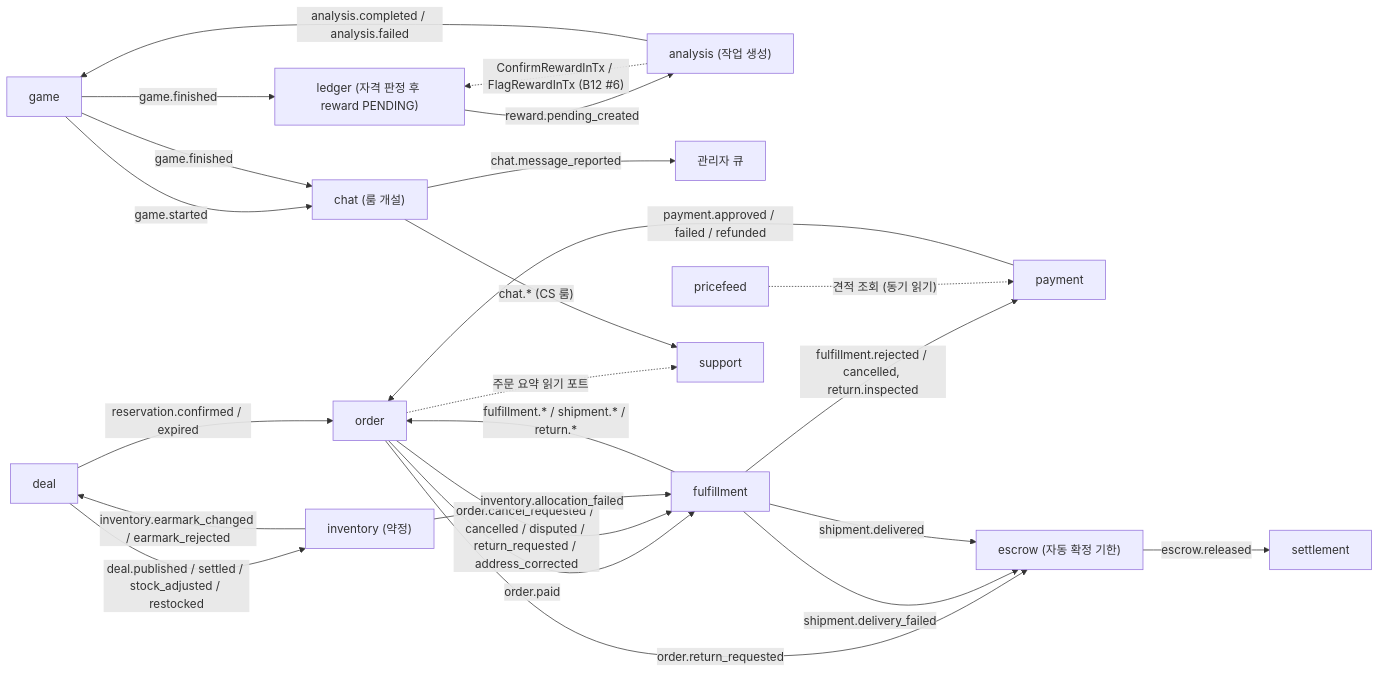
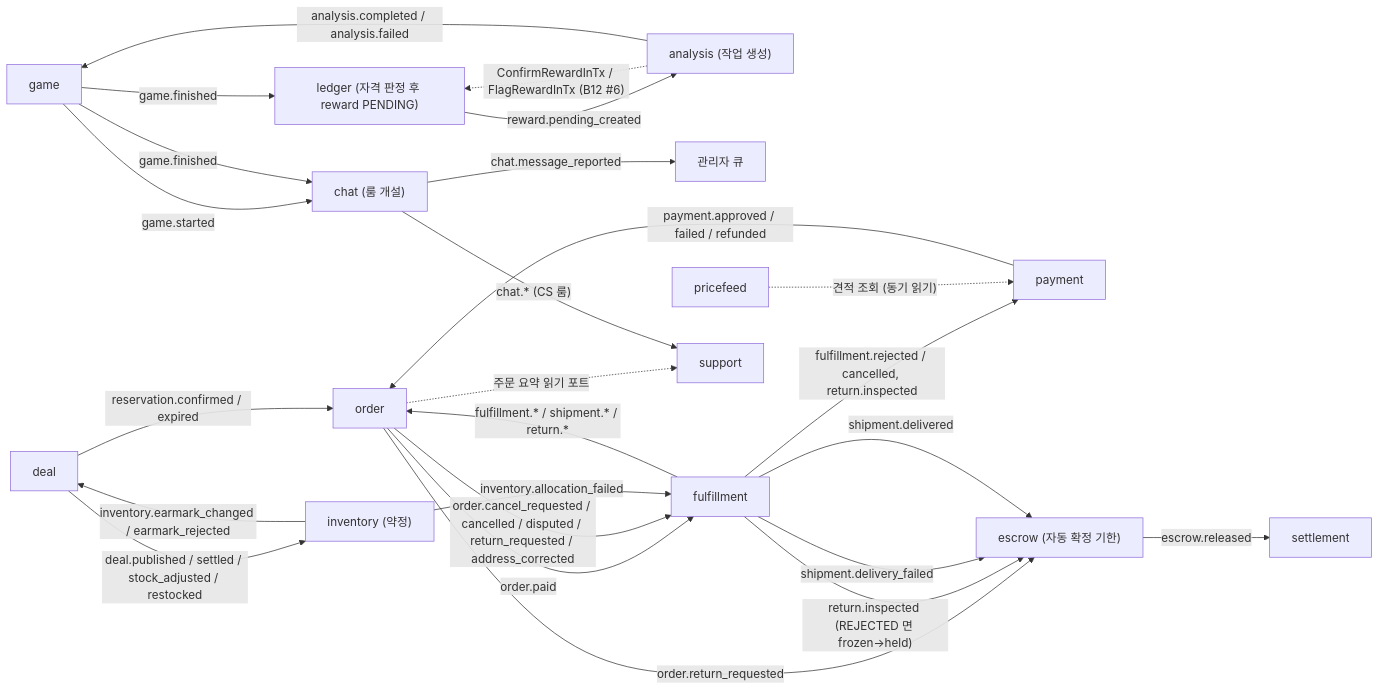
Before and after one commit to 1985jwlee/portpolio_backend: diagram 11 of 11 in docs/design/phases/00-platform-evolution.md, drawn with Mermaid. The commit also changed other lines of this file and 50 other files, not shown here.

````diff
--- a/docs/design/phases/00-platform-evolution.md
+++ b/docs/design/phases/00-platform-evolution.md
@@ -777,26 +789,27 @@
 ```mermaid
 flowchart LR
     GM["game"] -- "game.started" --> CH["chat (룸 개설)"]
     GM -- "game.finished" --> CH
     GM -- "game.finished" --> LG["ledger (자격 판정 후 reward PENDING)"]
     LG -- "reward.pending_created" --> AN["analysis (작업 생성)"]
     AN -. "ConfirmRewardInTx / FlagRewardInTx (B12 #6)" .-> LG
     AN -- "analysis.completed / analysis.failed" --> GM
     CH -- "chat.message_reported" --> ADM["관리자 큐"]
     DL["deal"] -- "reservation.confirmed / expired" --> OR["order"]
     DL -- "deal.published / settled / stock_adjusted / restocked" --> IV["inventory (약정)"]
     IV -- "inventory.earmark_changed / earmark_rejected" --> DL
     PM["payment"] -- "payment.approved / failed / refunded" --> OR
     OR -- "order.paid" --> FF["fulfillment"]
     OR -- "order.cancel_requested / cancelled / disputed / return_requested / address_corrected" --> FF
     OR -- "order.return_requested" --> ES
+    FF -- "return.inspected (REJECTED 면 frozen→held)" --> ES
     FF -- "shipment.delivery_failed" --> ES
     FF -- "fulfillment.rejected / cancelled, return.inspected" --> PM
     FF -- "fulfillment.* / shipment.* / return.*" --> OR
     FF -- "shipment.delivered" --> ES["escrow (자동 확정 기한)"]
     ES -- "escrow.released" --> ST["settlement"]
     PF["pricefeed"] -. "견적 조회 (동기 읽기)" .-> PM
     IV -- "inventory.allocation_failed" --> FF
     OR -. "주문 요약 읽기 포트" .-> SP["support"]
     CH -- "chat.* (CS 룸)" --> SP
 ```
````
